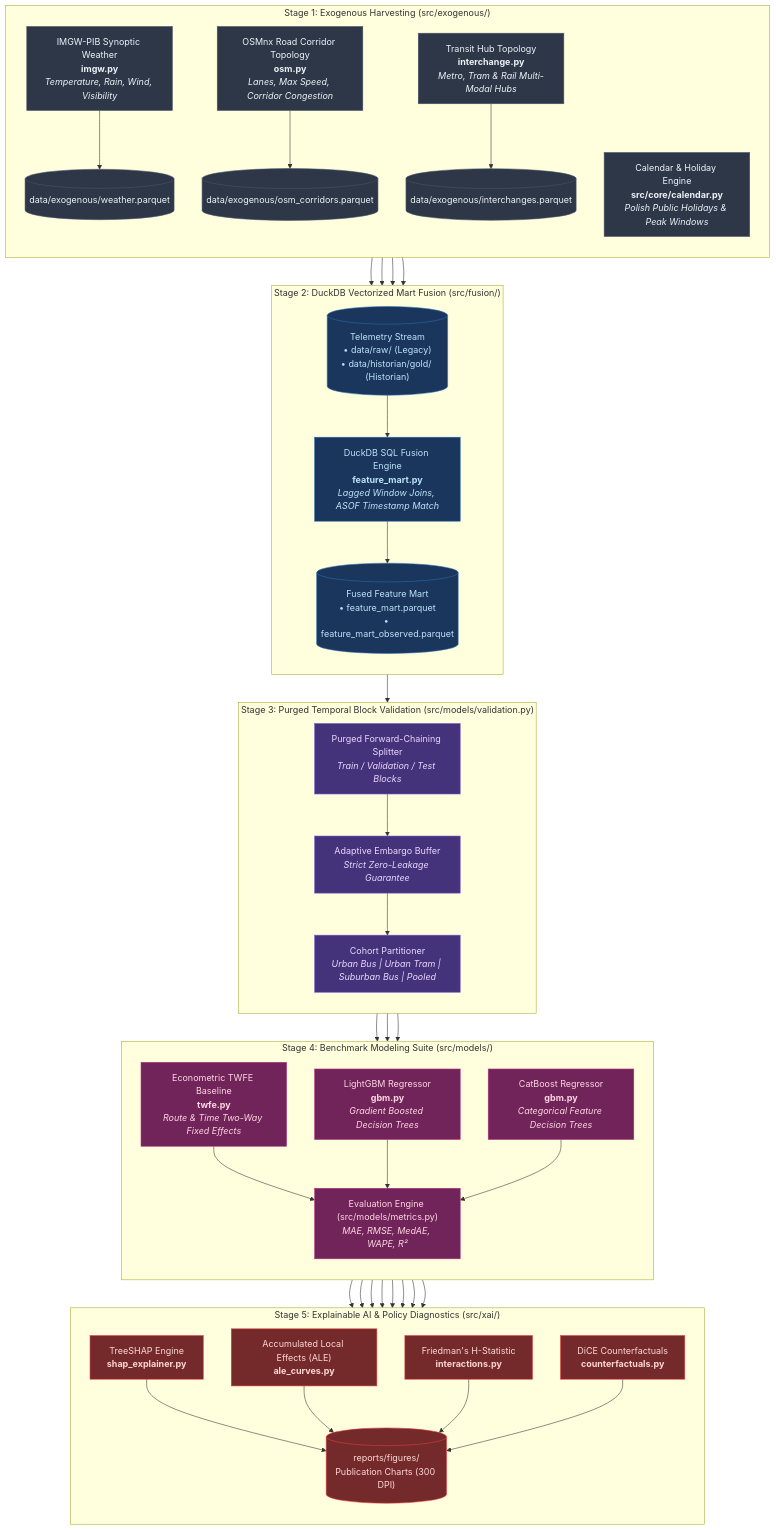
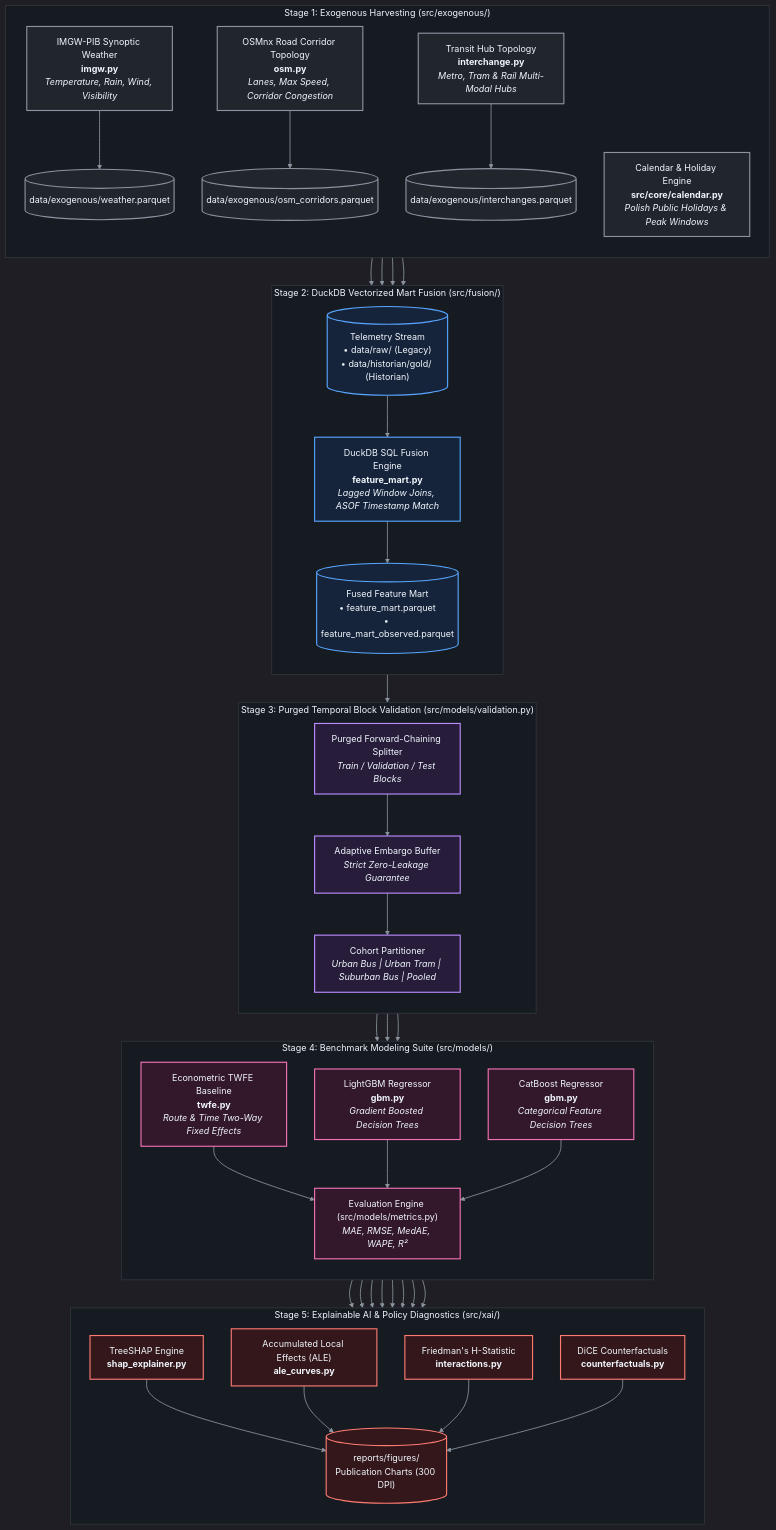
Before and after one commit to giangh14cqt/warsaw-public-transport-monitor: the first of 2 diagrams in architect/data_processing/README.md, drawn with Mermaid. The commit also changed other lines of this file and 9 other files, not shown here.

First line of the commit message:
style(architect): optimize all Mermaid diagrams for GitHub dark theme readability

````diff
--- a/architect/data_processing/README.md
+++ b/architect/data_processing/README.md
@@ -9,4 +9,21 @@
 ```mermaid
+%%{init: {
+  'theme': 'dark',
+  'themeVariables': {
+    'darkMode': true,
+    'background': '#0d1117',
+    'mainBkg': '#161b22',
+    'primaryColor': '#1f2937',
+    'primaryTextColor': '#f0f6fc',
+    'primaryBorderColor': '#58a6ff',
+    'lineColor': '#8b949e',
+    'secondaryColor': '#161b22',
+    'tertiaryColor': '#21262d',
+    'clusterBkg': '#161b22',
+    'clusterBorder': '#30363d',
+    'edgeLabelBackground': '#161b22'
+  }
+}}%%
 flowchart TD
     %% Stage 1: Exogenous
     subgraph StageExo ["Stage 1: Exogenous Harvesting (src/exogenous/)"]
@@ -84,12 +101,21 @@
         DiCE --> PubFigures
     end
 
-    %% Styles
-    classDef exoStyle fill:#2d3748,stroke:#4a5568,color:#edf2f7;
-    classDef fusionStyle fill:#1a365d,stroke:#2b6cb0,color:#bee3f8;
-    classDef valStyle fill:#44337a,stroke:#805ad5,color:#e9d8fd;
-    classDef modelStyle fill:#702459,stroke:#b83280,color:#fed7e2;
-    classDef xaiStyle fill:#742a2a,stroke:#e53e3e,color:#fed7d7;
+    %% Subgraph Styling for Dark Theme
+    style StageExo fill:#161b22,stroke:#30363d,stroke-width:1.5px,color:#f0f6fc
+    style StageFusion fill:#161b22,stroke:#30363d,stroke-width:1.5px,color:#f0f6fc
+    style StageVal fill:#161b22,stroke:#30363d,stroke-width:1.5px,color:#f0f6fc
+    style StageModels fill:#161b22,stroke:#30363d,stroke-width:1.5px,color:#f0f6fc
+    style StageXAI fill:#161b22,stroke:#30363d,stroke-width:1.5px,color:#f0f6fc
+
+    %% High-Contrast Node Styling
+    classDef exoStyle fill:#21262d,stroke:#8b949e,stroke-width:2px,color:#f0f6fc;
+    classDef fusionStyle fill:#16243b,stroke:#58a6ff,stroke-width:2px,color:#f0f6fc;
+    classDef valStyle fill:#271d3b,stroke:#bc8cff,stroke-width:2px,color:#f0f6fc;
+    classDef modelStyle fill:#33172b,stroke:#f472b6,stroke-width:2px,color:#f0f6fc;
+    classDef xaiStyle fill:#33171a,stroke:#ff7b72,stroke-width:2px,color:#f0f6fc;
+
+    linkStyle default stroke:#8b949e,stroke-width:1.5px;
 
     class IMGW_Poller,OSM_Poller,Hub_Poller,Cal_Poller,ExoWeather,ExoOSM,ExoHub exoStyle;
     class RawSource,DuckDBEngine,MartParquet fusionStyle;
````
